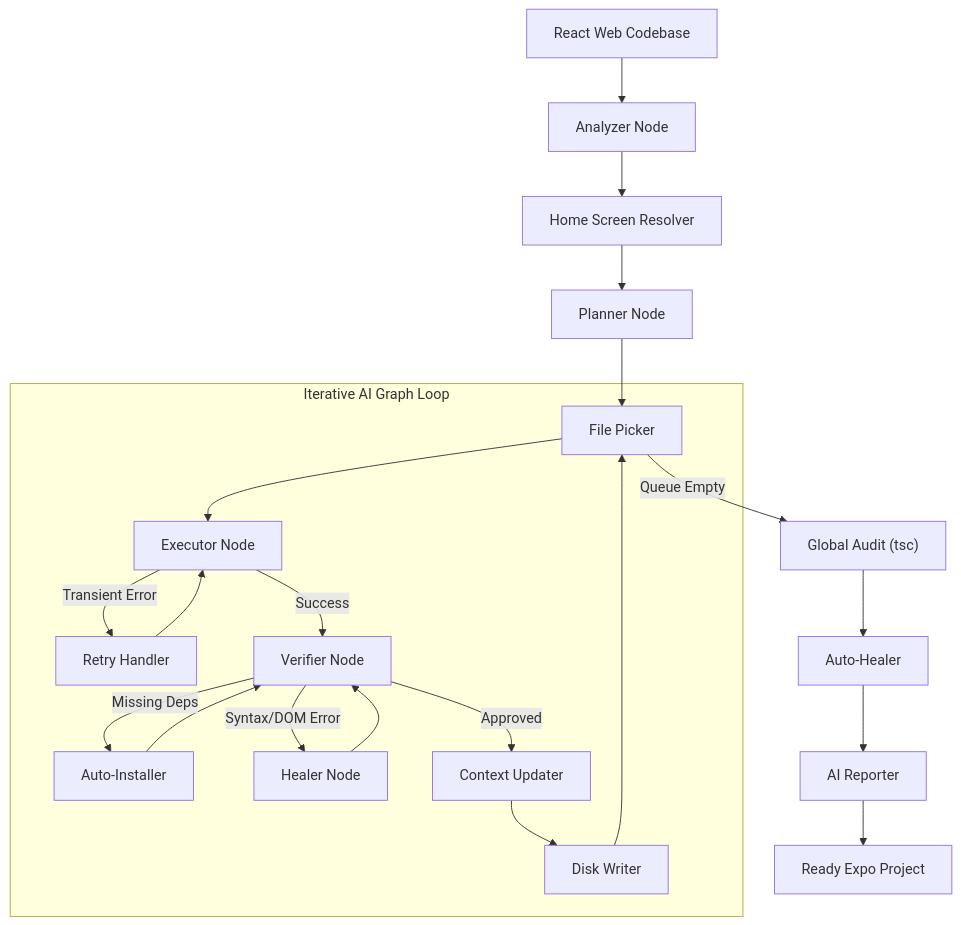
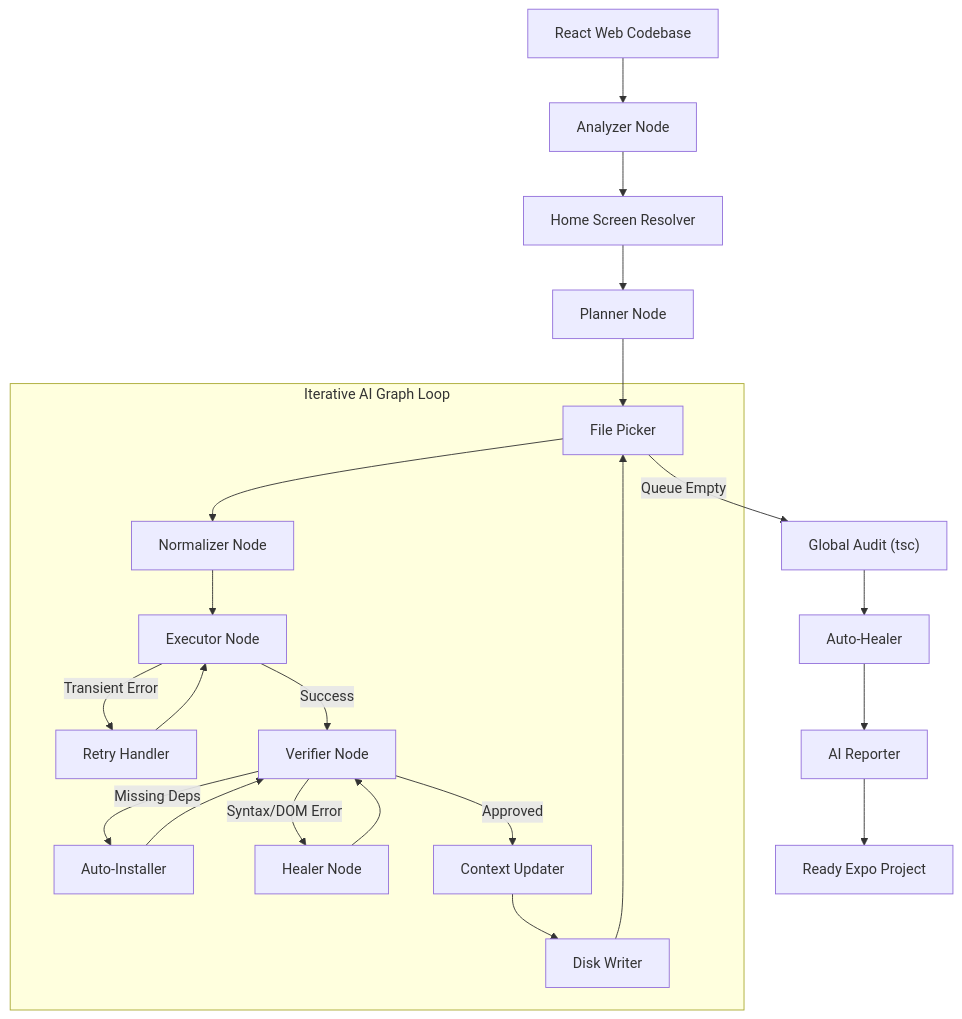
Before and after one commit to Husam-Abdulraheem/retransify: the diagram in README.md, drawn with Mermaid. The commit also changed other lines of this file and 7 other files, not shown here.

````diff
--- a/README.md
+++ b/README.md
@@ -92,26 +100,27 @@
 ```mermaid
 graph TD;
     A[React Web Codebase] --> B[Analyzer Node];
     B --> C[Home Screen Resolver];
     C --> D[Planner Node];
     D --> E[File Picker];
 
     subgraph Iterative AI Graph Loop
-    E --> F[Executor Node];
+    E --> Norm[Normalizer Node];
+    Norm --> F[Executor Node];
     F -- "Transient Error" --> R[Retry Handler];
     R --> F;
     F -- "Success" --> G[Verifier Node];
     G -- "Missing Deps" --> H[Auto-Installer];
     H --> G;
     G -- "Syntax/DOM Error" --> I[Healer Node];
     I --> G;
     G -- "Approved" --> J[Context Updater];
     J --> K[Disk Writer];
     K --> E;
     end
 
     E -- "Queue Empty" --> L["Global Audit (tsc)"];
     L --> M[Auto-Healer];
     M --> N[AI Reporter];
     N --> O[Ready Expo Project];
 ```
````
